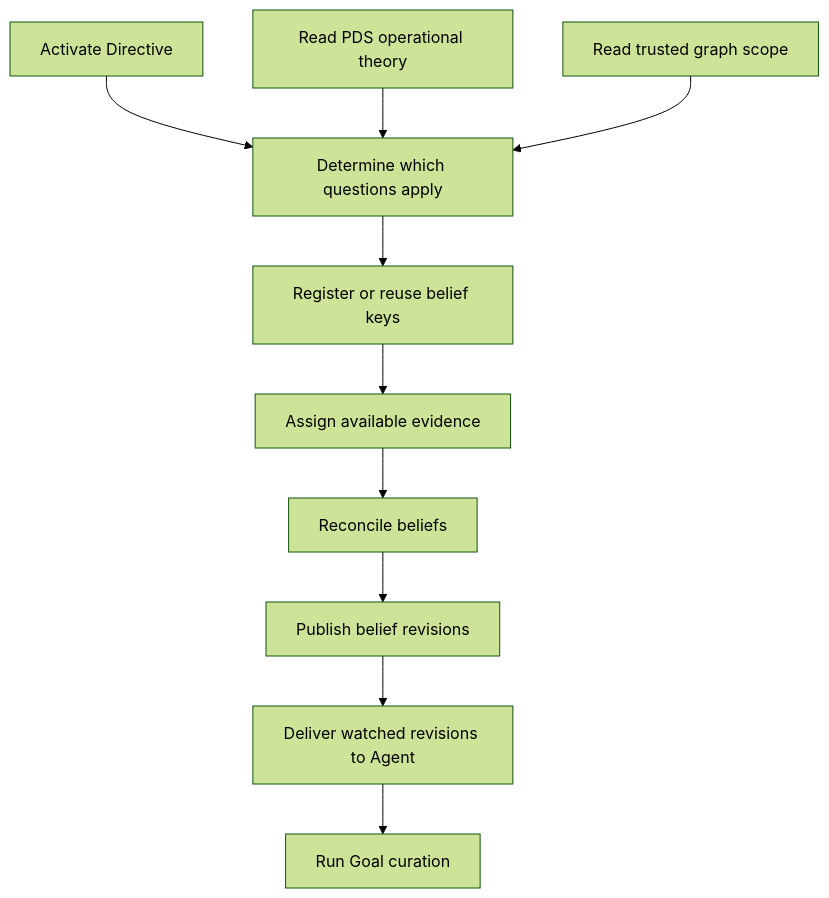
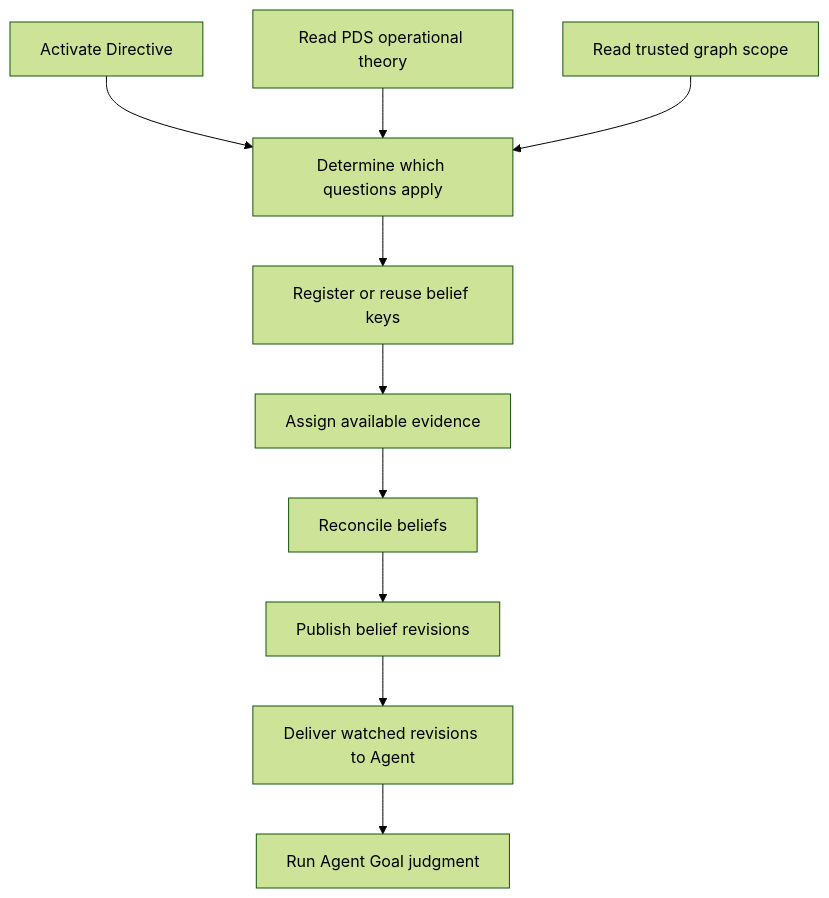
The diagram in design/cognitive_architecture/world_model/agent/directive_grounding.md (JerkyTreats/meld), drawn with Mermaid (forest theme) before and after one commit. The commit also changed other lines of this file and 14 other files, not shown here.

````diff
--- a/design/cognitive_architecture/world_model/agent/directive_grounding.md
+++ b/design/cognitive_architecture/world_model/agent/directive_grounding.md
@@ -78,23 +78,23 @@
 ```mermaid
 flowchart TD
     D[Activate Directive]
     P[Read PDS operational theory]
     G[Read trusted graph scope]
     O[Determine which questions apply]
     K[Register or reuse belief keys]
     E[Assign available evidence]
     R[Reconcile beliefs]
     V[Publish belief revisions]
     A[Deliver watched revisions to Agent]
-    C[Run Goal curation]
+    C[Run Agent Goal judgment]
 
     D --> O
     P --> O
     G --> O
     O --> K
     K --> E
     E --> R
     R --> V
     V --> A
     A --> C
 ```
````
